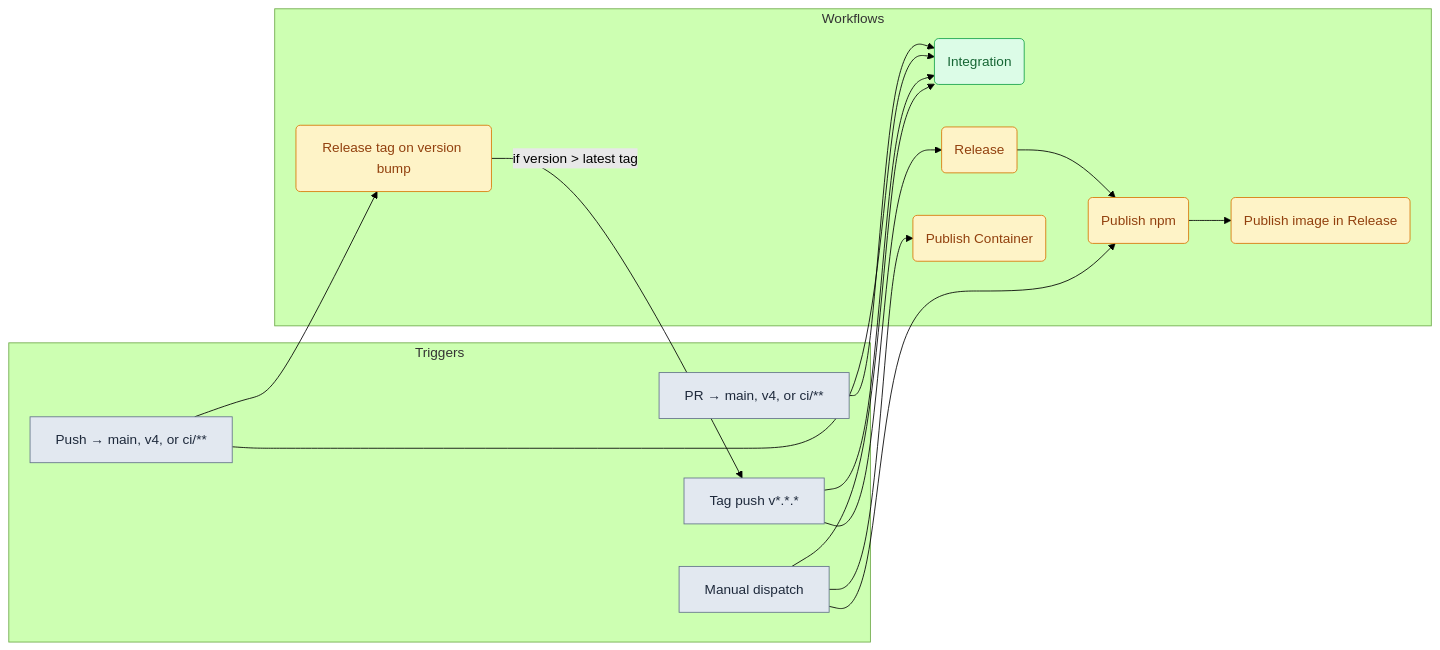
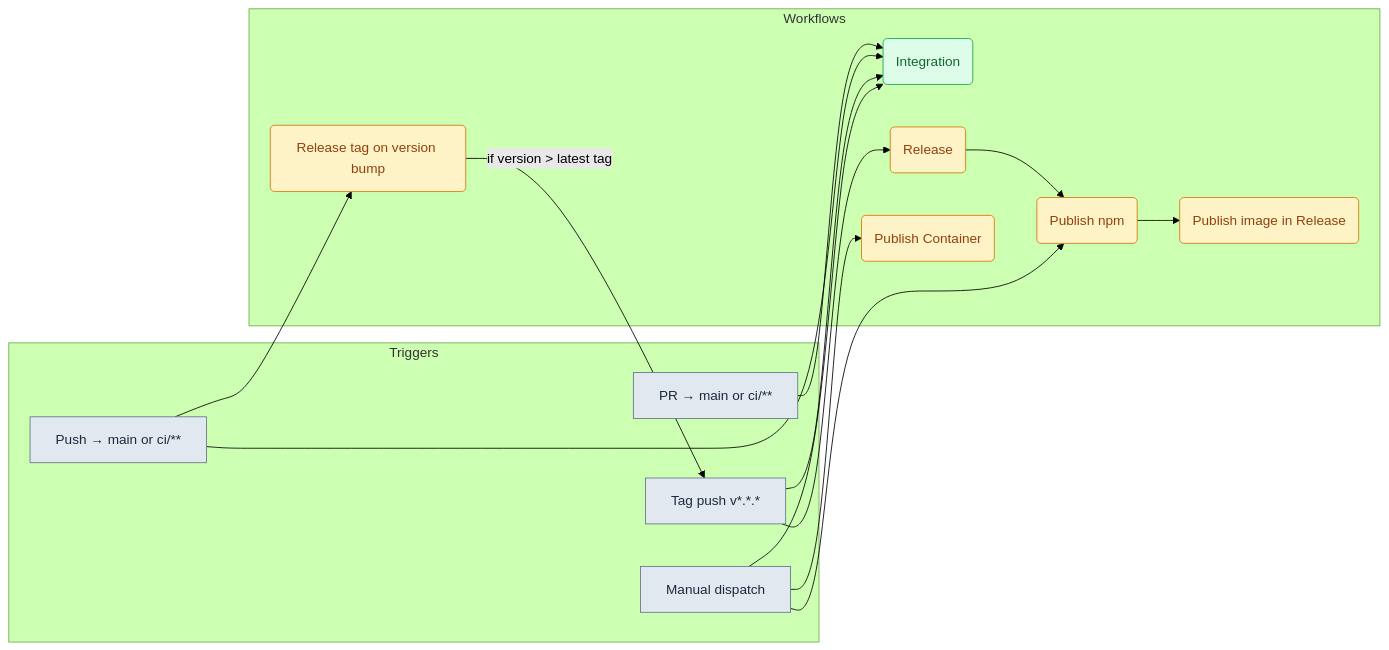
The first of 3 diagrams in .github/workflows/README.md (debian777/kairos-mcp), drawn with Mermaid (forest theme) before and after one commit. The commit also changed other lines of this file and 6 other files, not shown here.

````diff
--- a/.github/workflows/README.md
+++ b/.github/workflows/README.md
@@ -5,37 +5,37 @@
 ```mermaid
 flowchart LR
   subgraph triggers["Triggers"]
-    PR[PR → main, v4, or ci/**]
-    PUSH[Push → main, v4, or ci/**]
+    PR[PR → main or ci/**]
+    PUSH[Push → main or ci/**]
     TAG[Tag push v*.*.*]
     MANUAL[Manual dispatch]
   end
 
   subgraph workflows["Workflows"]
     INT(Integration)
     RTAG(Release tag on version bump)
     REL(Release)
     PNPM(Publish npm)
     PIMG(Publish image in Release)
     PCONT(Publish Container)
   end
 
   PR --> INT
   PUSH --> INT
   PUSH --> RTAG
   TAG --> INT
   TAG --> REL
   RTAG -->|"if version > latest tag"| TAG
   REL --> PNPM
   PNPM --> PIMG
   MANUAL --> INT
   MANUAL --> PNPM
   MANUAL --> PCONT
 
   classDef trigger fill:#e2e8f0,stroke:#64748b,color:#1e293b
   classDef integration fill:#dcfce7,stroke:#16a34a,color:#166534
   classDef release fill:#fef3c7,stroke:#d97706,color:#92400e
   class PR,PUSH,TAG,MANUAL trigger
   class INT integration
   class RTAG,REL,PNPM,PIMG,PCONT release
 ```
````
